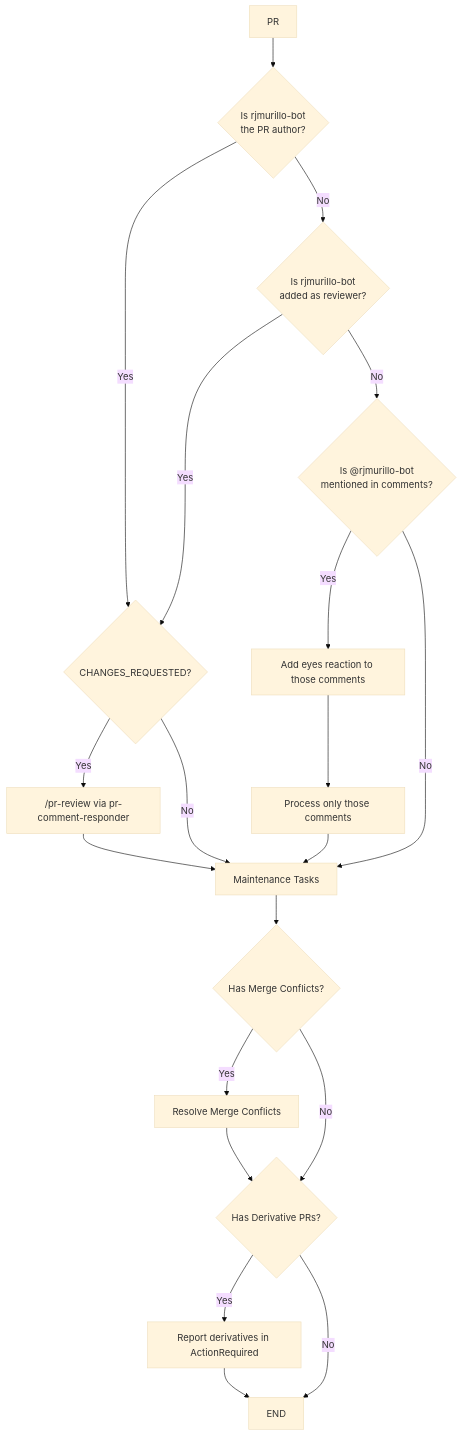
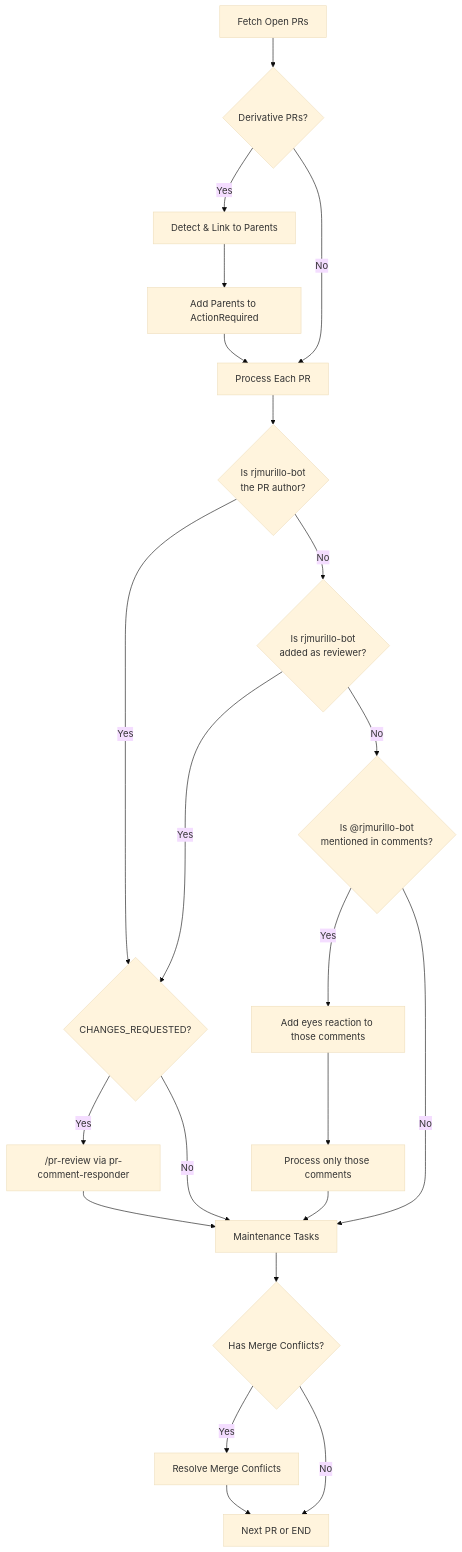
The first of 3 diagrams in .agents/architecture/bot-author-feedback-protocol.md (rjmurillo/ai-agents), drawn with Mermaid (base theme) before and after one commit. The commit also changed other lines of this file, not shown here.

Commit message:
fix: align mermaid diagrams with derivative PR implementation
Updates flowchart TD and state machine diagrams to reflect actual
implementation where derivative detection happens at the BEGINNING
(after fetching PRs) rather than at the END (after maintenance).

## Flowchart Changes
- Starts with "Fetch Open PRs" → "Derivative PRs?"
- Detection and linking happen before individual PR processing
- Clearer flow: Detect → Link → Add to ActionRequired → Process

## State Machine Changes
- New states: FetchPRs, DetectDerivatives, LinkToParents
- AddToActionRequired reports PENDING_DERIVATIVES
- ProcessPRs loops through each PR individually
- NextPR handles iteration vs completion

Also updates pr-changes-requested-semantics Serena memory to include
derivative PR detection section.

🤖 Generated with [Claude Code](https://claude.com/claude-code)

````diff
--- a/.agents/architecture/bot-author-feedback-protocol.md
+++ b/.agents/architecture/bot-author-feedback-protocol.md
@@ -71,34 +71,37 @@
 ```mermaid
 flowchart TD
-    A[PR] --> B{Is rjmurillo-bot<br/>the PR author?}
+    A[Fetch Open PRs] --> B{Derivative PRs?}
 
-    B -->|Yes| C{CHANGES_REQUESTED?}
-    C -->|Yes| D["/pr-review via pr-comment-responder"]
-    C -->|No| M
+    B -->|Yes| C[Detect & Link to Parents]
+    C --> D[Add Parents to ActionRequired]
+    D --> E[Process Each PR]
 
-    B -->|No| E{Is rjmurillo-bot<br/>added as reviewer?}
+    B -->|No| E
 
-    E -->|Yes| C
+    E --> F{Is rjmurillo-bot<br/>the PR author?}
 
-    E -->|No| F{Is @rjmurillo-bot<br/>mentioned in comments?}
+    F -->|Yes| G{CHANGES_REQUESTED?}
+    G -->|Yes| H["/pr-review via pr-comment-responder"]
+    G -->|No| M
 
-    F -->|Yes| G[Add eyes reaction to those comments]
-    G --> H[Process only those comments]
-    H --> M
+    F -->|No| I{Is rjmurillo-bot<br/>added as reviewer?}
 
-    F -->|No| M
+    I -->|Yes| G
 
-    D --> M[Maintenance Tasks]
+    I -->|No| J{Is @rjmurillo-bot<br/>mentioned in comments?}
 
-    M --> O{Has Merge Conflicts?}
+    J -->|Yes| K[Add eyes reaction to those comments]
+    K --> L[Process only those comments]
+    L --> M
 
-    O -->|Yes| L[Resolve Merge Conflicts]
-    O -->|No| P
+    J -->|No| M
 
-    L --> P{Has Derivative PRs?}
+    H --> M[Maintenance Tasks]
 
-    P -->|Yes| Q[Report derivatives in ActionRequired]
-    P -->|No| Z[END]
+    M --> N{Has Merge Conflicts?}
 
-    Q --> Z
+    N -->|Yes| O[Resolve Merge Conflicts]
+    N -->|No| P[Next PR or END]
+
+    O --> P
 ```
````
